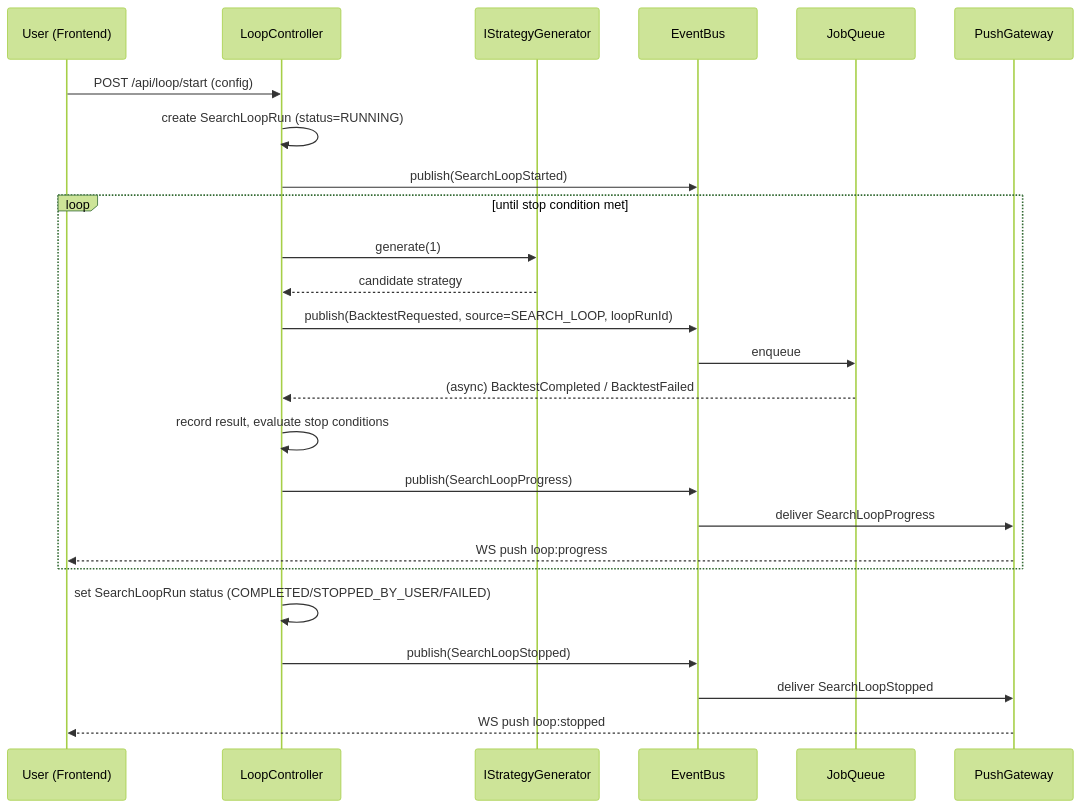
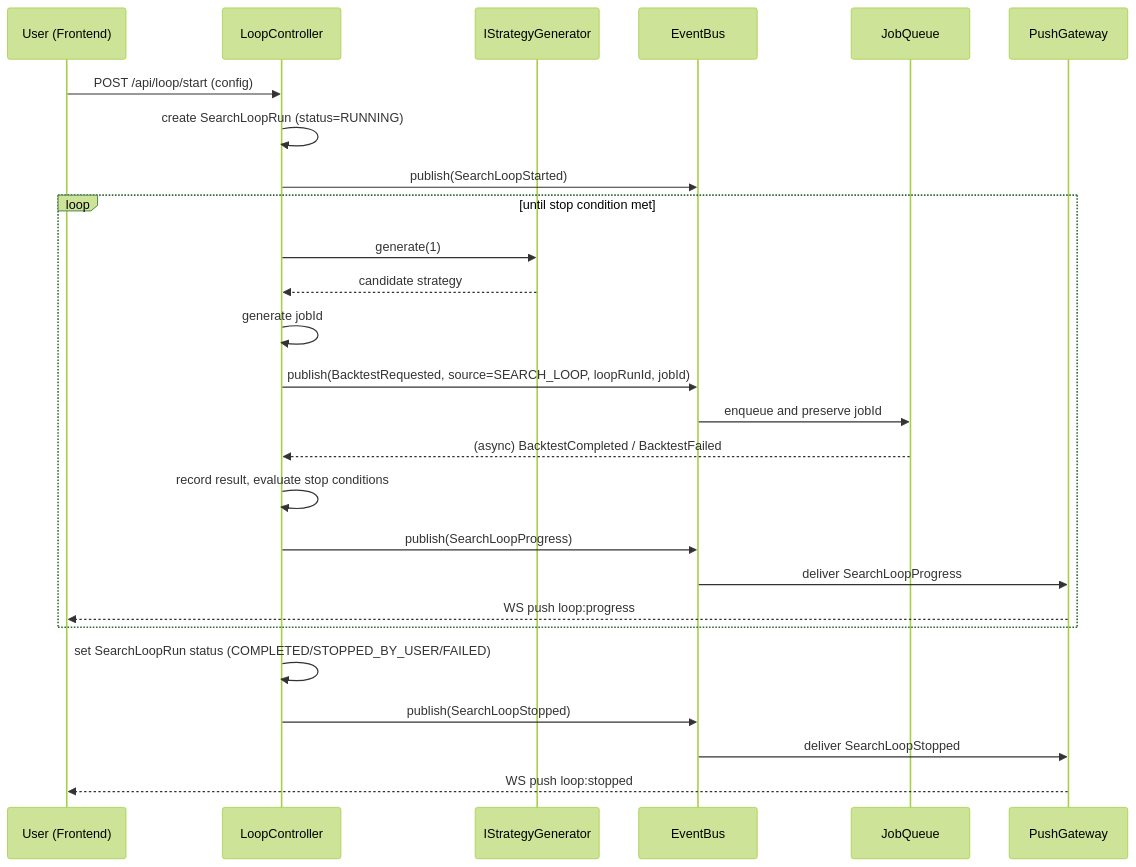
One commit to Hoang105205/Crypto-Strategy-Lab changed the fourth of 4 diagrams in kb/modules/event-infrastructure.md. Above: the diagram before and after it, drawn with Mermaid (forest theme). The commit also changed other lines of this file and 7 other files, not shown here.

````diff
--- a/kb/modules/event-infrastructure.md
+++ b/kb/modules/event-infrastructure.md
@@ -224,28 +227,29 @@
 ```mermaid
 sequenceDiagram
     participant U as User (Frontend)
     participant LC as LoopController
     participant SG as IStrategyGenerator
     participant EB as EventBus
     participant JQ as JobQueue
     participant WS as PushGateway
 
     U->>LC: POST /api/loop/start (config)
     LC->>LC: create SearchLoopRun (status=RUNNING)
     LC->>EB: publish(SearchLoopStarted)
     loop until stop condition met
         LC->>SG: generate(1)
         SG-->>LC: candidate strategy
-        LC->>EB: publish(BacktestRequested, source=SEARCH_LOOP, loopRunId)
-        EB->>JQ: enqueue
+        LC->>LC: generate jobId
+        LC->>EB: publish(BacktestRequested, source=SEARCH_LOOP, loopRunId, jobId)
+        EB->>JQ: enqueue and preserve jobId
         JQ-->>LC: (async) BacktestCompleted / BacktestFailed
         LC->>LC: record result, evaluate stop conditions
         LC->>EB: publish(SearchLoopProgress)
         EB->>WS: deliver SearchLoopProgress
         WS-->>U: WS push loop:progress
     end
     LC->>LC: set SearchLoopRun status (COMPLETED/STOPPED_BY_USER/FAILED)
     LC->>EB: publish(SearchLoopStopped)
     EB->>WS: deliver SearchLoopStopped
     WS-->>U: WS push loop:stopped
 ```
````
